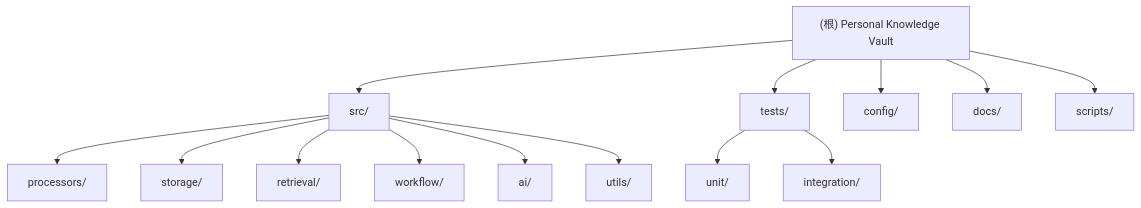
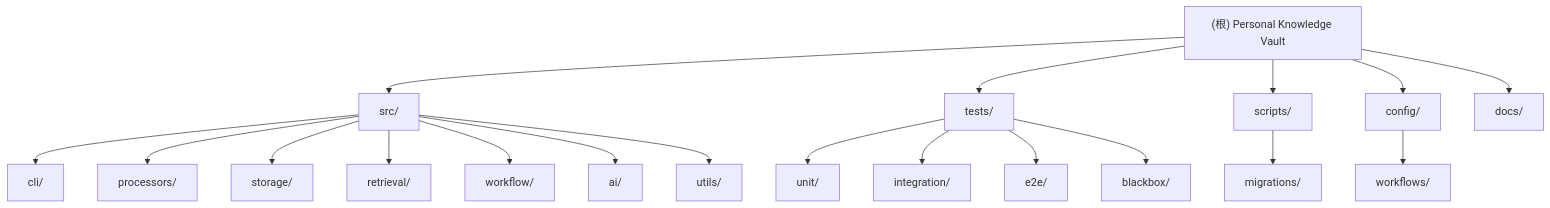
The diagram in CLAUDE.md (OceanEyeFF/personal-knowledge-vault), drawn with Mermaid before and after one commit. The commit also changed other lines of this file and 13 other files, not shown here.

````diff
--- a/CLAUDE.md
+++ b/CLAUDE.md
@@ -85,29 +100,38 @@
 ```mermaid
 graph TD
     ROOT["(根) Personal Knowledge Vault"]
 
     ROOT --> SRC["src/"]
+    SRC --> CLI["cli/"]
     SRC --> PROCESSORS["processors/"]
     SRC --> STORAGE["storage/"]
     SRC --> RETRIEVAL["retrieval/"]
     SRC --> WORKFLOW["workflow/"]
     SRC --> AI["ai/"]
     SRC --> UTILS["utils/"]
 
     ROOT --> TESTS["tests/"]
     TESTS --> UNIT["unit/"]
     TESTS --> INTEGRATION["integration/"]
+    TESTS --> E2E["e2e/"]
+    TESTS --> BLACKBOX["blackbox/"]
+
+    ROOT --> SCRIPTS["scripts/"]
+    SCRIPTS --> MIGRATIONS["migrations/"]
 
     ROOT --> CONFIG["config/"]
+    CONFIG --> WORKFLOWS["workflows/"]
+
     ROOT --> DOCS["docs/"]
-    ROOT --> SCRIPTS["scripts/"]
 
+    click CLI "./src/cli/CLAUDE.md" "查看 CLI 模块文档"
     click PROCESSORS "./src/processors/CLAUDE.md" "查看 Processors 模块文档"
     click STORAGE "./src/storage/CLAUDE.md" "查看 Storage 模块文档"
     click RETRIEVAL "./src/retrieval/CLAUDE.md" "查看 Retrieval 模块文档"
     click WORKFLOW "./src/workflow/CLAUDE.md" "查看 Workflow 模块文档"
     click AI "./src/ai/CLAUDE.md" "查看 AI Services 模块文档"
     click UTILS "./src/utils/CLAUDE.md" "查看 Utils 模块文档"
     click TESTS "./tests/CLAUDE.md" "查看 Tests 模块文档"
+    click SCRIPTS "./scripts/CLAUDE.md" "查看 Scripts 模块文档"
     click CONFIG "./config/CLAUDE.md" "查看 Config 模块文档"
 ```
````
